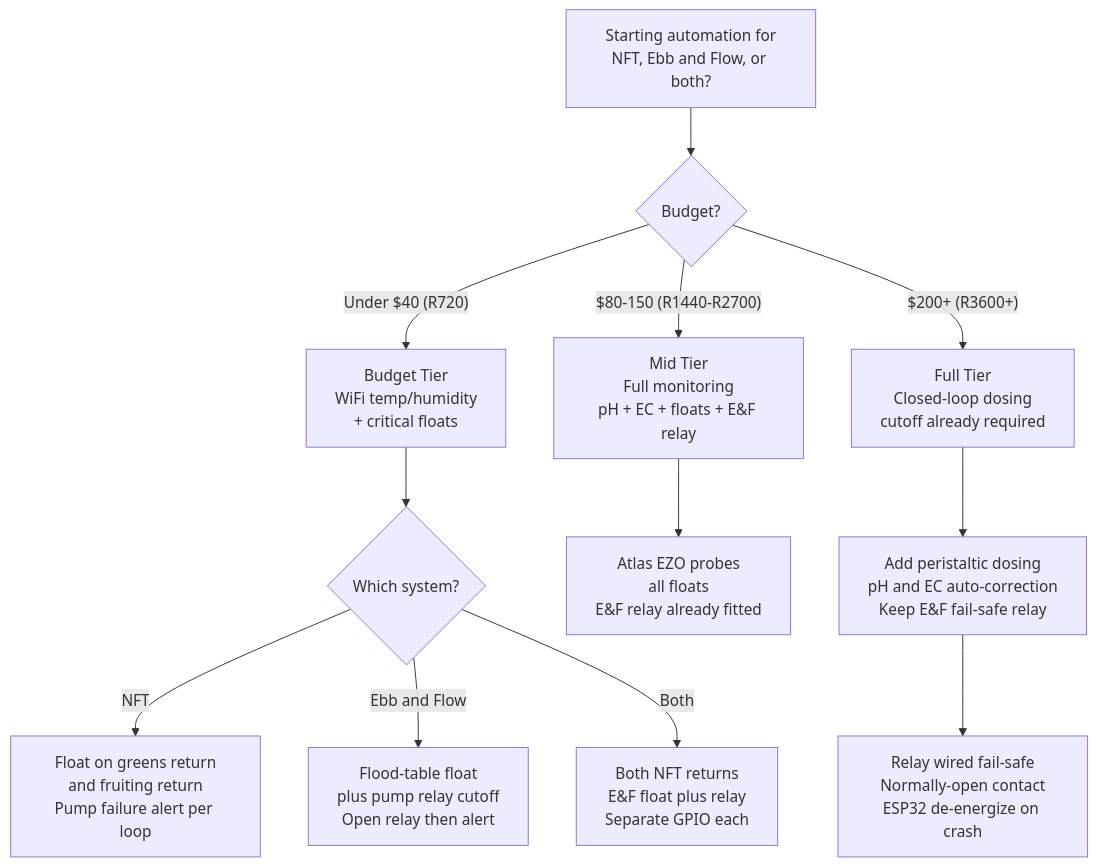
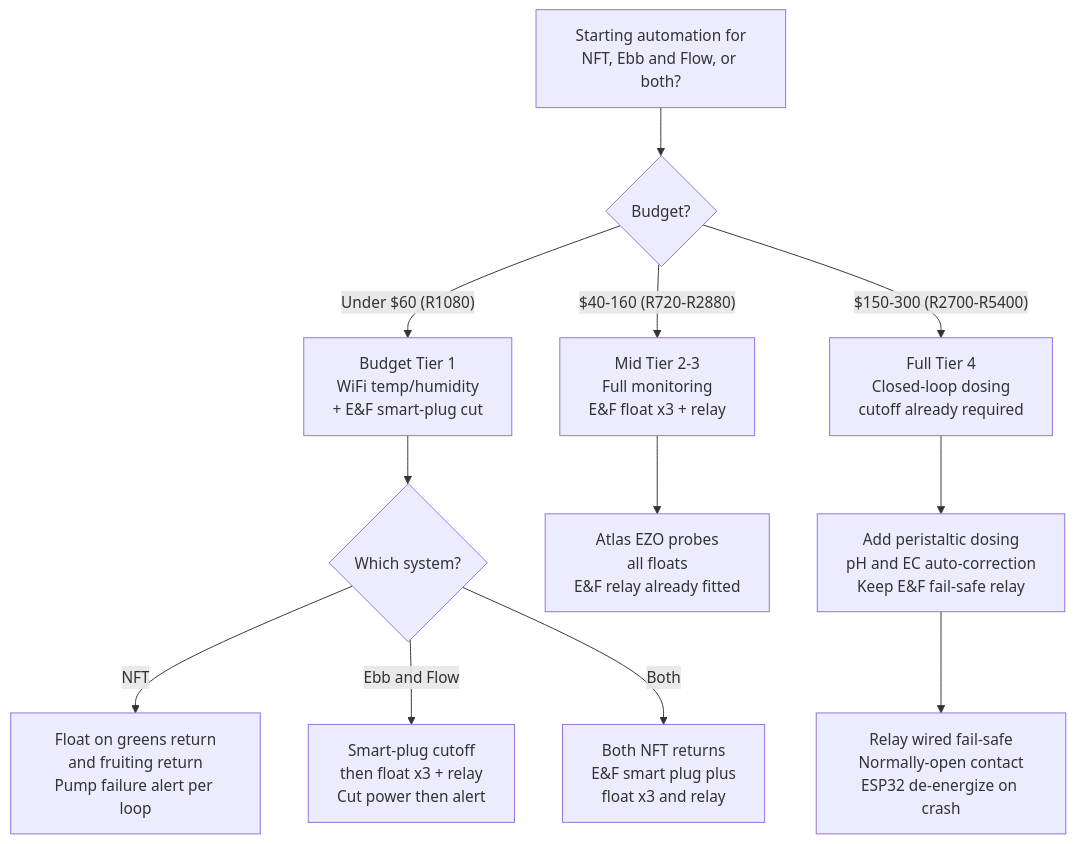
One commit to UncleJS/guide_hydroponics changed the third of 3 diagrams in guide/compare/03-automation.md. Above: the diagram before and after it, drawn with Mermaid. The commit also changed other lines of this file and 22 other files, not shown here.

First line of the commit message:
Clear leftover A+ blockers: cutoff paths, smart-plug BOM, compare sync.

````diff
--- a/guide/compare/03-automation.md
+++ b/guide/compare/03-automation.md
@@ -551,14 +554,14 @@
 ```mermaid
 graph TD
   A[Starting automation for<br/>NFT, Ebb and Flow, or both?] --> B{Budget?}
-  B -->|"Under $40 (R720)"| C[Budget Tier<br/>WiFi temp/humidity<br/>+ critical floats]
-  B -->|"$80-150 (R1440-R2700)"| D[Mid Tier<br/>Full monitoring<br/>pH + EC + floats + E&F relay]
-  B -->|"$200+ (R3600+)"| E[Full Tier<br/>Closed-loop dosing<br/>cutoff already required]
+  B -->|"Under $60 (R1080)"| C[Budget Tier 1<br/>WiFi temp/humidity<br/>+ E&F smart-plug cut]
+  B -->|"$40-160 (R720-R2880)"| D[Mid Tier 2-3<br/>Full monitoring<br/>E&F float x3 + relay]
+  B -->|"$150-300 (R2700-R5400)"| E[Full Tier 4<br/>Closed-loop dosing<br/>cutoff already required]
   C --> F{Which system?}
   F -->|NFT| G[Float on greens return<br/>and fruiting return<br/>Pump failure alert per loop]
-  F -->|Ebb and Flow| H[Flood-table float<br/>plus pump relay cutoff<br/>Open relay then alert]
-  F -->|Both| I[Both NFT returns<br/>E&F float plus relay<br/>Separate GPIO each]
+  F -->|Ebb and Flow| H[Smart-plug cutoff<br/>then float x3 + relay<br/>Cut power then alert]
+  F -->|Both| I[Both NFT returns<br/>E&F smart plug plus<br/>float x3 and relay]
   D --> J[Atlas EZO probes<br/>all floats<br/>E&F relay already fitted]
   E --> K[Add peristaltic dosing<br/>pH and EC auto-correction<br/>Keep E&F fail-safe relay]
   K --> M[Relay wired fail-safe<br/>Normally-open contact<br/>ESP32 de-energize on crash]
 ```
````
